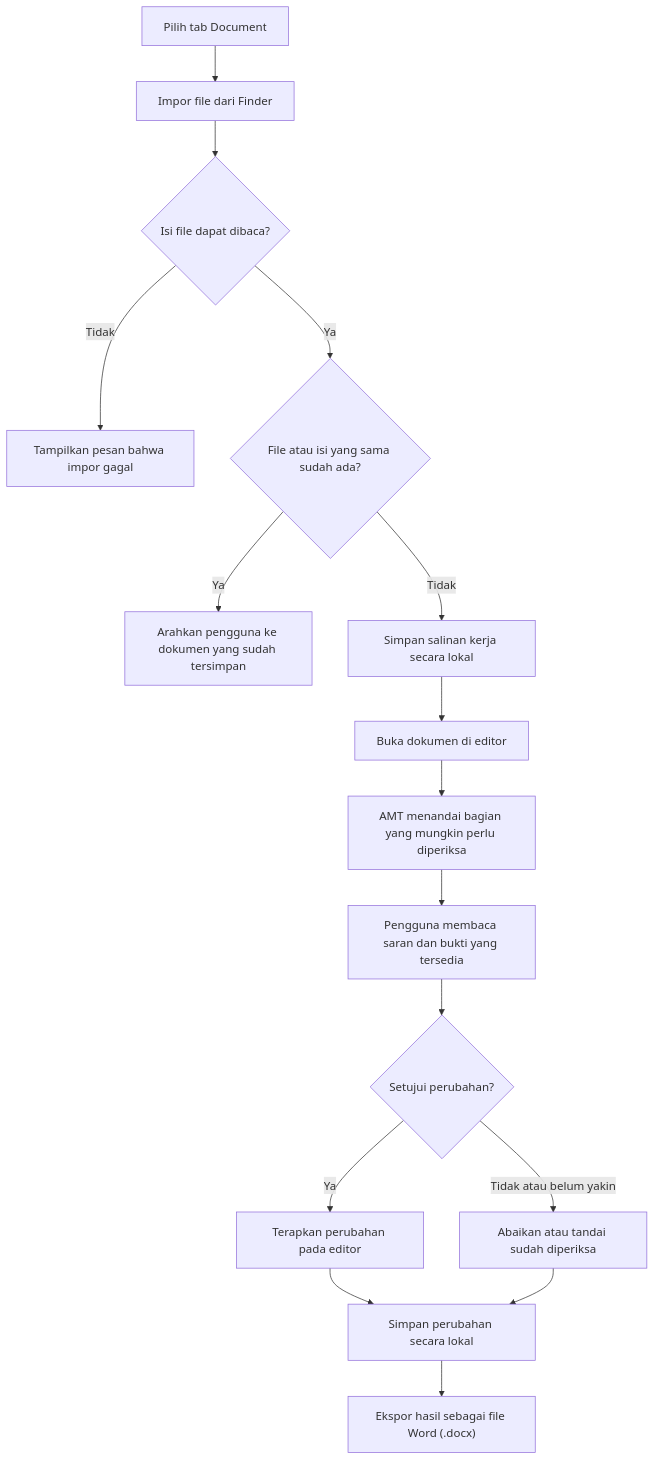
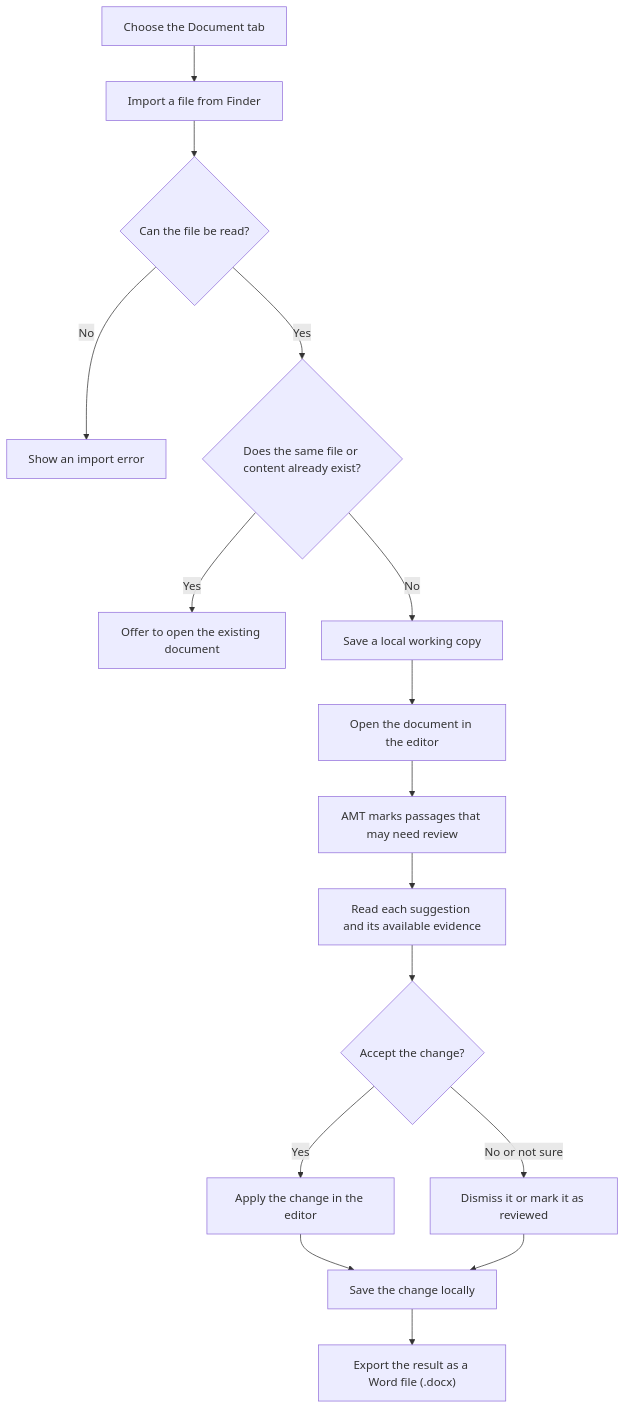
The first of 2 diagrams in README.md (MorpKnight/AMT), drawn with Mermaid before and after one commit. The commit also changed other lines of this file, not shown here.

```diff
--- a/README.md
+++ b/README.md
@@ -46,18 +46,18 @@
 ~~~mermaid
 flowchart TD
-    A["Pilih tab Document"] --> B["Impor file dari Finder"]
-    B --> C{"Isi file dapat dibaca?"}
-    C -- "Tidak" --> X["Tampilkan pesan bahwa impor gagal"]
-    C -- "Ya" --> D{"File atau isi yang sama sudah ada?"}
-    D -- "Ya" --> E["Arahkan pengguna ke dokumen yang sudah tersimpan"]
-    D -- "Tidak" --> F["Simpan salinan kerja secara lokal"]
-    F --> G["Buka dokumen di editor"]
-    G --> H["AMT menandai bagian yang mungkin perlu diperiksa"]
-    H --> I["Pengguna membaca saran dan bukti yang tersedia"]
-    I --> J{"Setujui perubahan?"}
-    J -- "Ya" --> K["Terapkan perubahan pada editor"]
-    J -- "Tidak atau belum yakin" --> L["Abaikan atau tandai sudah diperiksa"]
-    K --> M["Simpan perubahan secara lokal"]
+    A["Choose the Document tab"] --> B["Import a file from Finder"]
+    B --> C{"Can the file be read?"}
+    C -- "No" --> X["Show an import error"]
+    C -- "Yes" --> D{"Does the same file or content already exist?"}
+    D -- "Yes" --> E["Offer to open the existing document"]
+    D -- "No" --> F["Save a local working copy"]
+    F --> G["Open the document in the editor"]
+    G --> H["AMT marks passages that may need review"]
+    H --> I["Read each suggestion and its available evidence"]
+    I --> J{"Accept the change?"}
+    J -- "Yes" --> K["Apply the change in the editor"]
+    J -- "No or not sure" --> L["Dismiss it or mark it as reviewed"]
+    K --> M["Save the change locally"]
     L --> M
-    M --> N["Ekspor hasil sebagai file Word (.docx)"]
+    M --> N["Export the result as a Word file (.docx)"]
 ~~~
```
